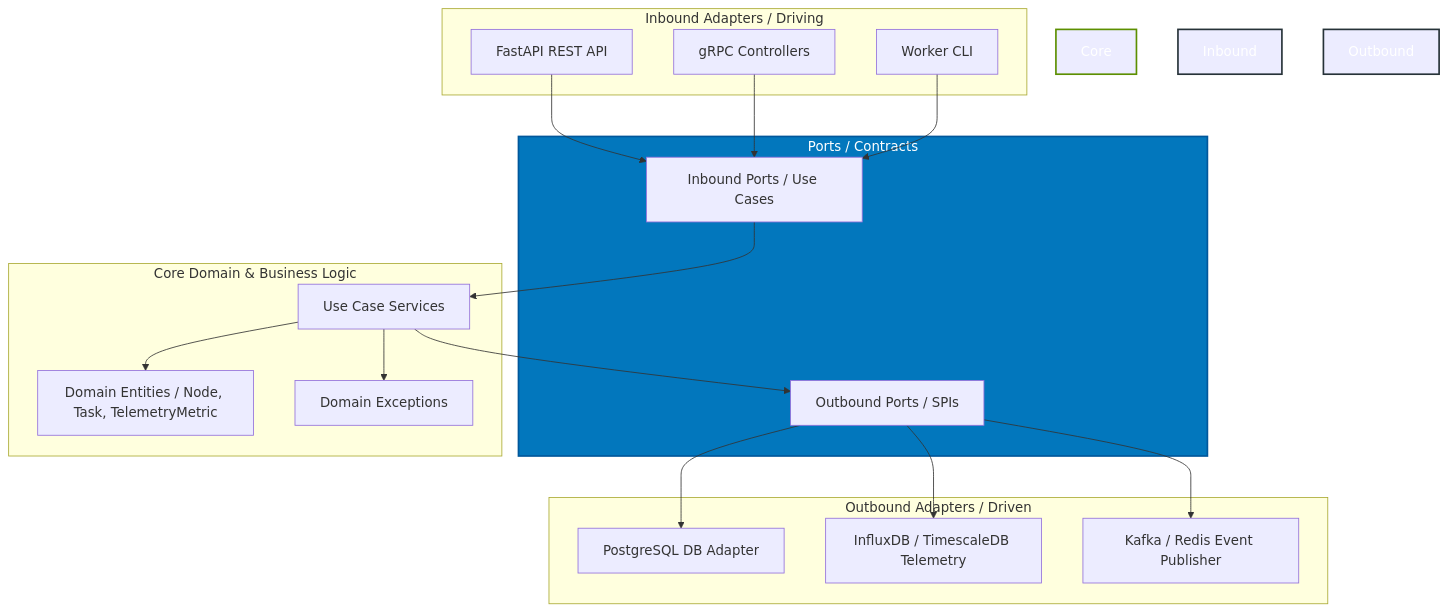
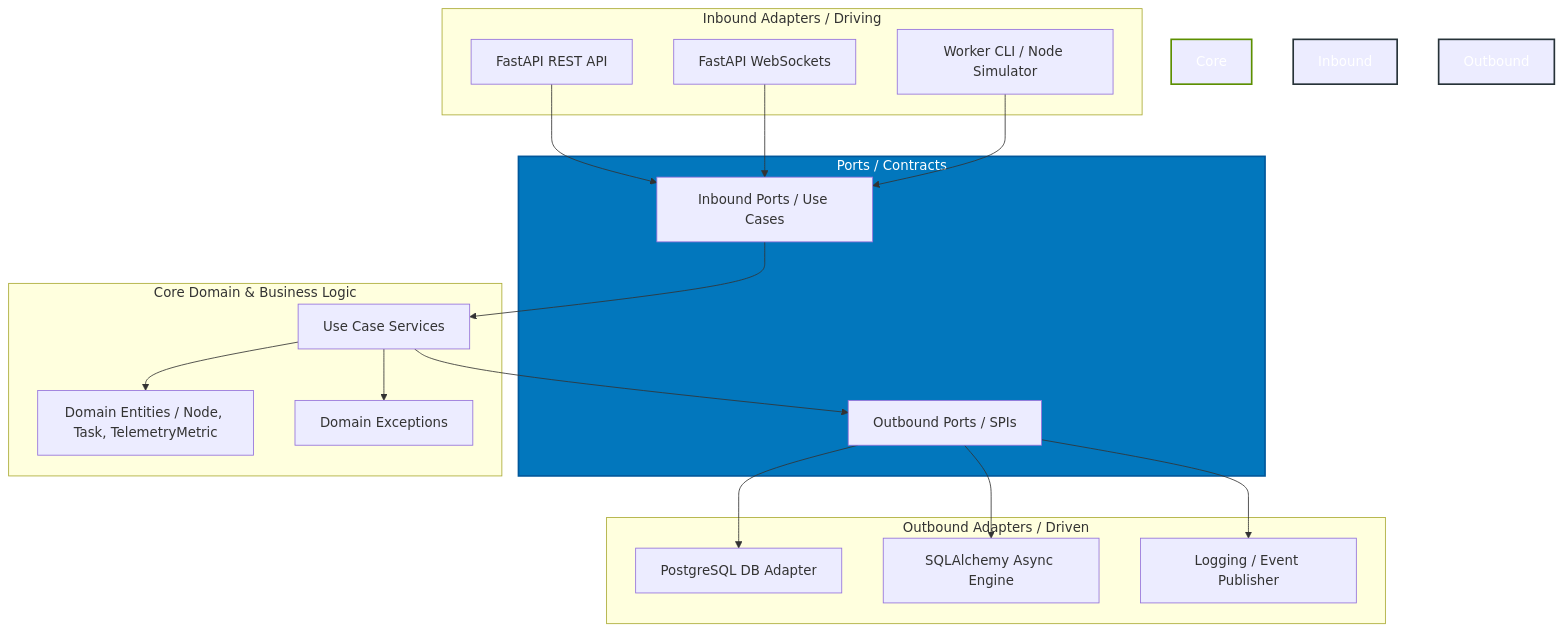
The diagram in README.md (Casta2007-ccs/gpu-fleet-commander), drawn with Mermaid before and after one commit. The commit also changed other lines of this file, not shown here.

First line of the commit message:
docs: upgrade README to highlight WebSocket dashboard and node simulation

````diff
--- a/README.md
+++ b/README.md
@@ -19,50 +21,50 @@
 ```mermaid
 graph TD
     %% Inbound Adapters (Driving)
     subgraph Inbound Adapters [Inbound Adapters / Driving]
         API[FastAPI REST API]
-        gRPC[gRPC Controllers]
-        CLI[Worker CLI]
+        WS[FastAPI WebSockets]
+        CLI[Worker CLI / Node Simulator]
     end
 
     %% Ports
     subgraph Ports [Ports / Contracts]
         IPorts[Inbound Ports / Use Cases]
         OPorts[Outbound Ports / SPIs]
     end
 
     %% Core Domain
     subgraph Core Domain [Core Domain & Business Logic]
         Services[Use Case Services]
         Entities[Domain Entities / Node, Task, TelemetryMetric]
         Exceptions[Domain Exceptions]
     end
 
     %% Outbound Adapters (Driven)
     subgraph Outbound Adapters [Outbound Adapters / Driven]
         DB[PostgreSQL DB Adapter]
-        TS[InfluxDB / TimescaleDB Telemetry]
-        Events[Kafka / Redis Event Publisher]
+        TS[SQLAlchemy Async Engine]
+        Events[Logging / Event Publisher]
     end
 
     %% Dependency Arrows
     API --> IPorts
-    gRPC --> IPorts
+    WS --> IPorts
     CLI --> IPorts
     
     IPorts --> Services
     Services --> Entities
     Services --> Exceptions
     
     Services --> OPorts
     
     OPorts --> DB
     OPorts --> TS
     OPorts --> Events
 
     %% Styling
     style Core Domain fill:#76b900,stroke:#5c8f00,stroke-width:2px,color:#fff
     style Ports fill:#0277bd,stroke:#01579b,stroke-width:2px,color:#fff
     style Inbound Adapters fill:#37474f,stroke:#263238,stroke-width:2px,color:#fff
     style Outbound Adapters fill:#37474f,stroke:#263238,stroke-width:2px,color:#fff
 ```
````
